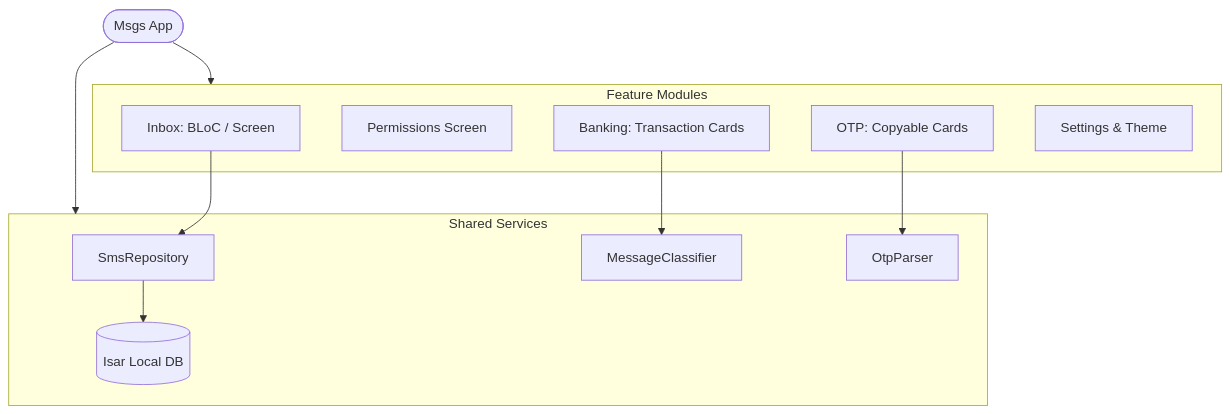
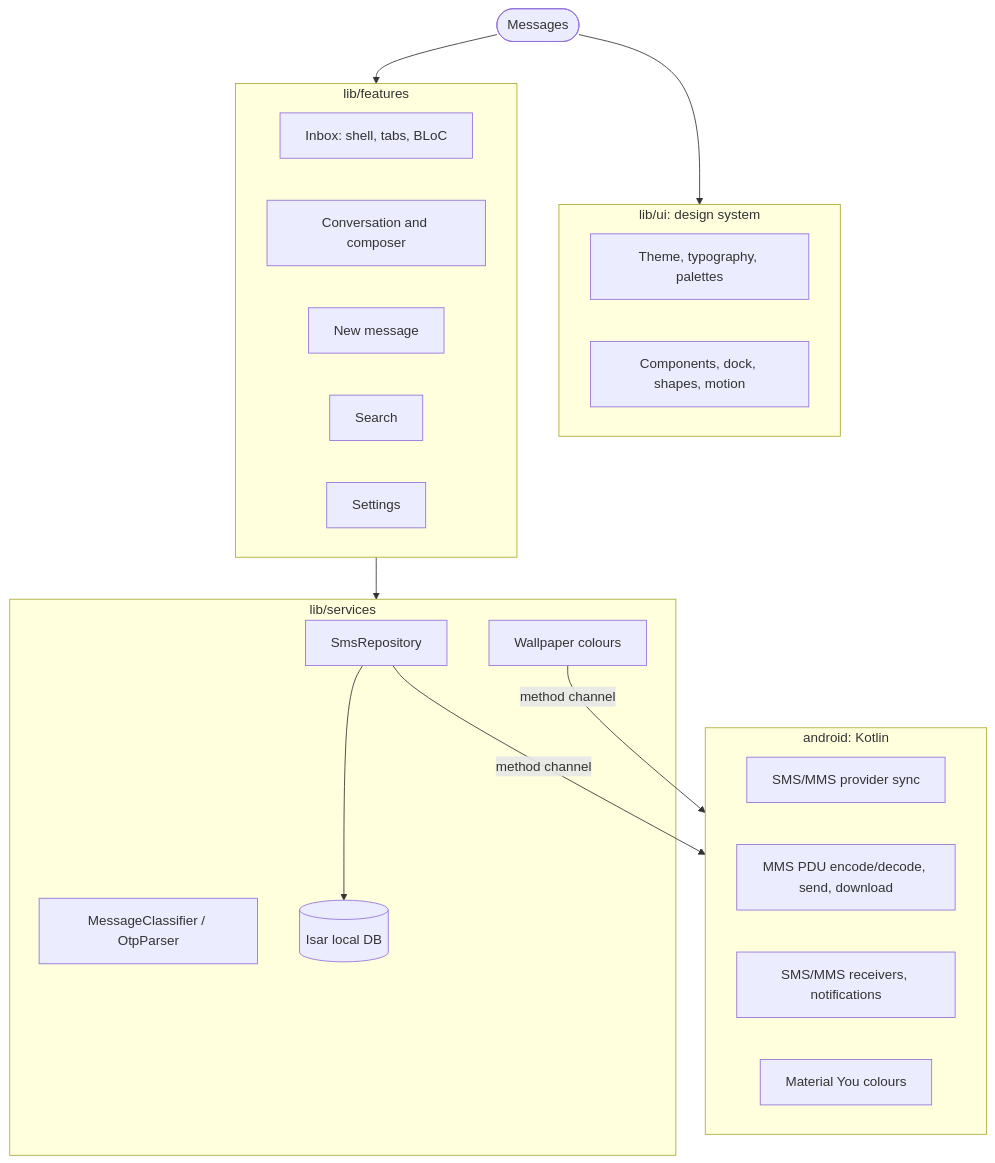
The diagram in README.md (Najeer-k11/Messages-FlutterApp), drawn with Mermaid before and after one commit. The commit also changed other lines of this file and 66 other files, not shown here.

First line of the commit message:
Add unit tests for SMS categorization and transaction parsing

````diff
--- a/README.md
+++ b/README.md
@@ -93,25 +72,37 @@
 ```mermaid
 graph TD
-    App([Msgs App]) --> Services
-    App --> Features
-    
-    subgraph Services [Shared Services]
+    App([Messages]) --> Features
+    App --> UI
+    Features --> Services
+
+    subgraph UI [lib/ui: design system]
+        Theme[Theme, typography, palettes]
+        Components[Components, dock, shapes, motion]
+    end
+
+    subgraph Features [lib/features]
+        Inbox[Inbox: shell, tabs, BLoC]
+        Conversation[Conversation and composer]
+        Compose[New message]
+        Search[Search]
+        Settings[Settings]
+    end
+
+    subgraph Services [lib/services]
         SmsRepo[SmsRepository]
-        Classifier[MessageClassifier]
-        OtpParser[OtpParser]
-        IsarDb[(Isar Local DB)]
+        Classifier[MessageClassifier / OtpParser]
+        Wallpaper[Wallpaper colours]
+        Isar[(Isar local DB)]
     end
-    
-    subgraph Features [Feature Modules]
-        Inbox[Inbox: BLoC / Screen]
-        Permissions[Permissions Screen]
-        BankingWidget[Banking: Transaction Cards]
-        OtpWidget[OTP: Copyable Cards]
-        Settings[Settings & Theme]
+
+    SmsRepo --> Isar
+    SmsRepo -- method channel --> Native
+    Wallpaper -- method channel --> Native
+
+    subgraph Native [android: Kotlin]
+        Provider[SMS/MMS provider sync]
+        Mms[MMS PDU encode/decode, send, download]
+        Receivers[SMS/MMS receivers, notifications]
+        Colors[Material You colours]
     end
-    
-    SmsRepo --> IsarDb
-    Inbox --> SmsRepo
-    BankingWidget --> Classifier
-    OtpWidget --> OtpParser
 ```
````
